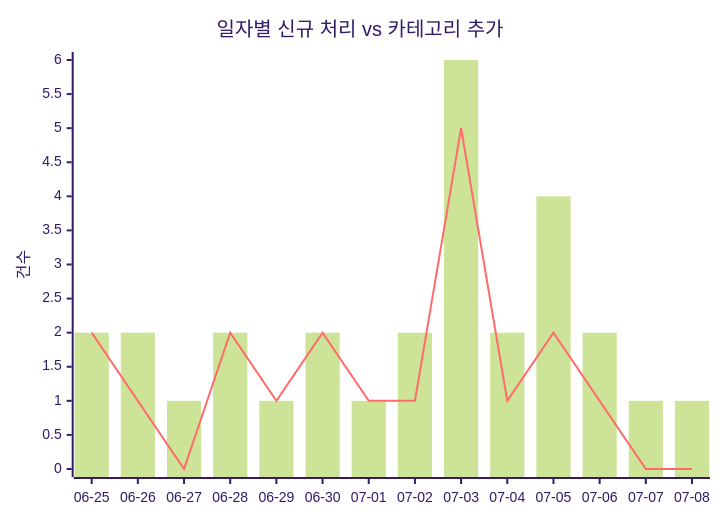
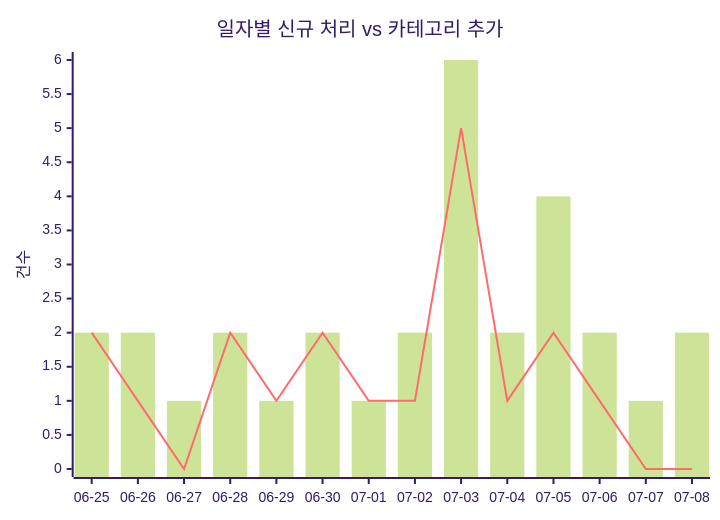
The first of 2 diagrams in docs/trends.md (J-nowcow/awesome-korean-agent-skills), drawn with Mermaid (forest theme) before and after one commit. The commit also changed other lines of this file and 2 other files, not shown here.

````diff
--- a/docs/trends.md
+++ b/docs/trends.md
@@ -32,8 +32,8 @@
 ```mermaid
 xychart-beta
     title "일자별 신규 처리 vs 카테고리 추가"
     x-axis ["06-25","06-26","06-27","06-28","06-29","06-30","07-01","07-02","07-03","07-04","07-05","07-06","07-07","07-08"]
     y-axis "건수"
-    bar [2,2,1,2,1,2,1,2,6,2,4,2,1,1]
+    bar [2,2,1,2,1,2,1,2,6,2,4,2,1,2]
     line [2,1,0,2,1,2,1,1,5,1,2,1,0,0]
 ```
````
